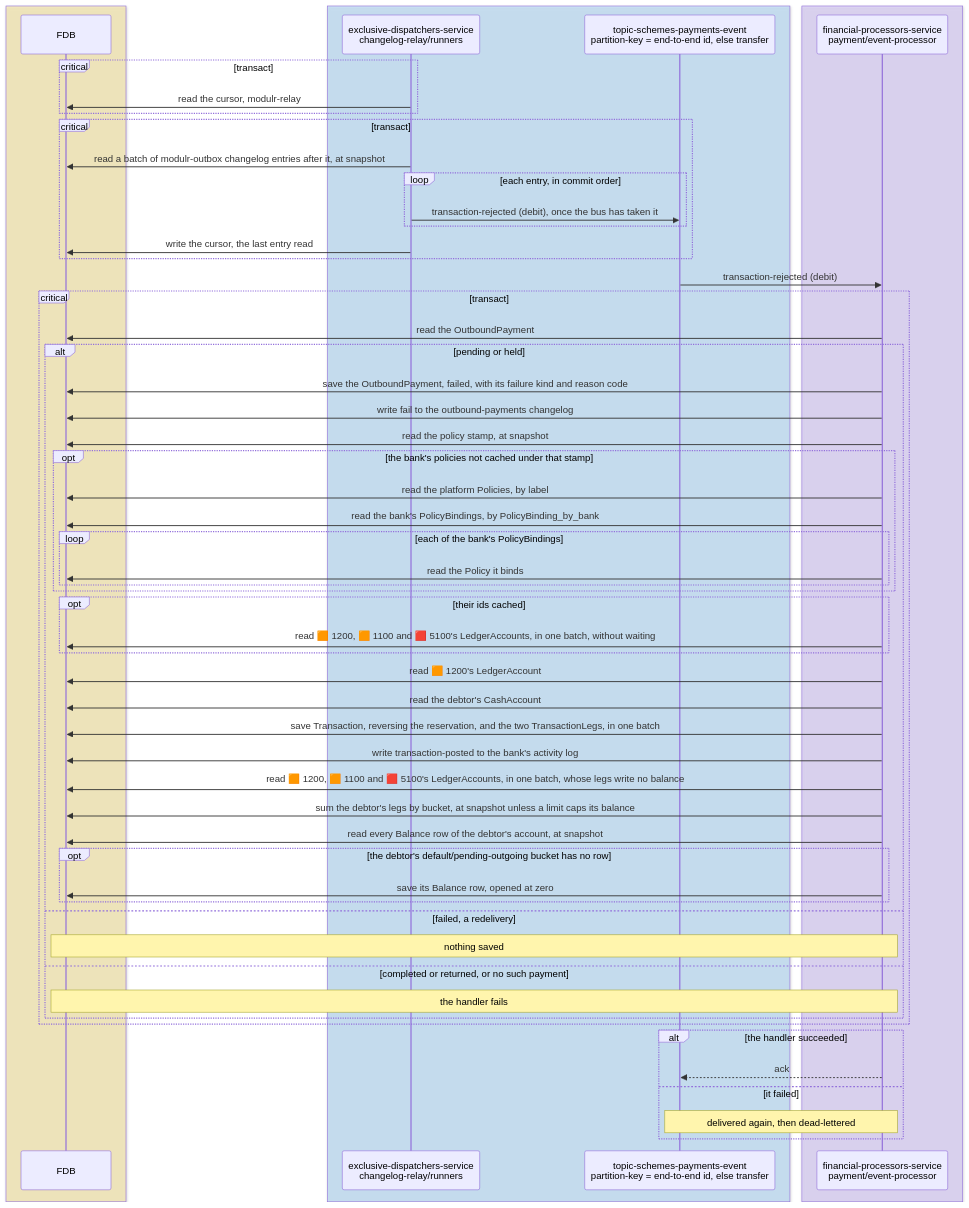
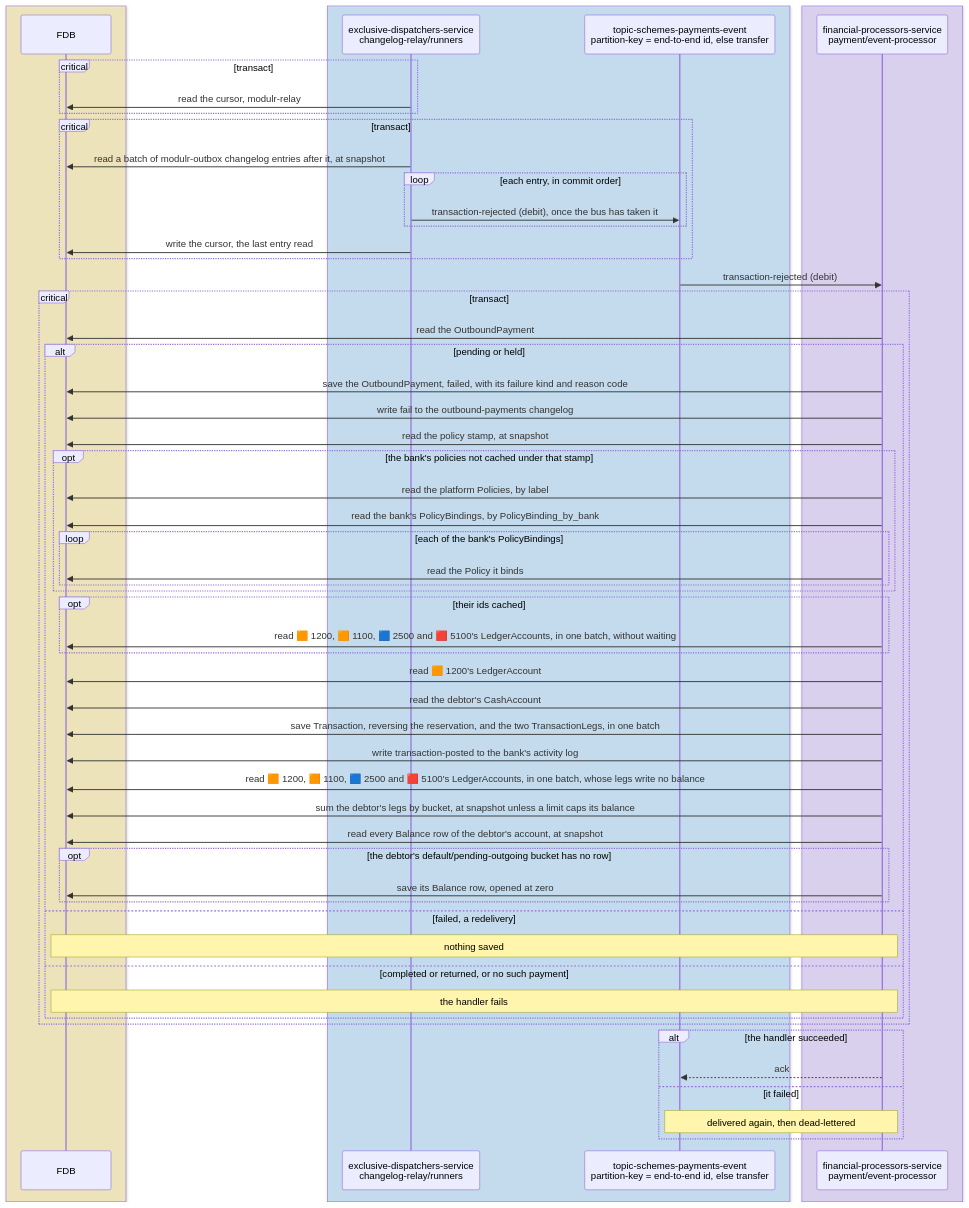
Before and after one commit to repldriven/queenswood: diagram 11 of 15 in docs/tdd/payments-outbound.md, drawn with Mermaid. The commit also changed other lines of this file and 48 other files, not shown here.

First line of the commit message:
Sum suspense from its legs, have ledger accounts and balances accept a posting's legs, and require a leg's product type (#880)

````diff
--- a/docs/tdd/payments-outbound.md
+++ b/docs/tdd/payments-outbound.md
@@ -675,61 +675,61 @@
 ```mermaid
 sequenceDiagram
     box rgba(255, 236, 153, 0.5)
     participant DB as FDB
     end
     box rgba(165, 216, 255, 0.45)
     participant OR as exclusive-dispatchers-service<br/>changelog-relay/runners
     participant SE as topic-schemes-payments-event<br/>partition-key = end-to-end id, else transfer
     end
     box rgba(208, 191, 255, 0.45)
     participant PE as financial-processors-service<br/>payment/event-processor
     end
     critical transact
     OR->>DB: read the cursor, modulr-relay
     end
     critical transact
     OR->>DB: read a batch of modulr-outbox changelog entries after it, at snapshot
     loop each entry, in commit order
     OR->>SE: transaction-rejected (debit), once the bus has taken it
     end
     OR->>DB: write the cursor, the last entry read
     end
     SE->>PE: transaction-rejected (debit)
     critical transact
     PE->>DB: read the OutboundPayment
     alt pending or held
     PE->>DB: save the OutboundPayment, failed, with its failure kind and reason code
     PE->>DB: write fail to the outbound-payments changelog
     PE->>DB: read the policy stamp, at snapshot
     opt the bank's policies not cached under that stamp
     PE->>DB: read the platform Policies, by label
     PE->>DB: read the bank's PolicyBindings, by PolicyBinding_by_bank
     loop each of the bank's PolicyBindings
     PE->>DB: read the Policy it binds
     end
     end
     opt their ids cached
-    PE->>DB: read 🟧 1200, 🟧 1100 and 🟥 5100's LedgerAccounts, in one batch, without waiting
+    PE->>DB: read 🟧 1200, 🟧 1100, 🟦 2500 and 🟥 5100's LedgerAccounts, in one batch, without waiting
     end
     PE->>DB: read 🟧 1200's LedgerAccount
     PE->>DB: read the debtor's CashAccount
     PE->>DB: save Transaction, reversing the reservation, and the two TransactionLegs, in one batch
     PE->>DB: write transaction-posted to the bank's activity log
-    PE->>DB: read 🟧 1200, 🟧 1100 and 🟥 5100's LedgerAccounts, in one batch, whose legs write no balance
+    PE->>DB: read 🟧 1200, 🟧 1100, 🟦 2500 and 🟥 5100's LedgerAccounts, in one batch, whose legs write no balance
     PE->>DB: sum the debtor's legs by bucket, at snapshot unless a limit caps its balance
     PE->>DB: read every Balance row of the debtor's account, at snapshot
     opt the debtor's default/pending-outgoing bucket has no row
     PE->>DB: save its Balance row, opened at zero
     end
     else failed, a redelivery
     Note over PE,DB: nothing saved
     else completed or returned, or no such payment
     Note over PE,DB: the handler fails
     end
     end
     alt the handler succeeded
     PE-->>SE: ack
     else it failed
     Note over PE,SE: delivered again, then dead-lettered
     end
 ```
````
